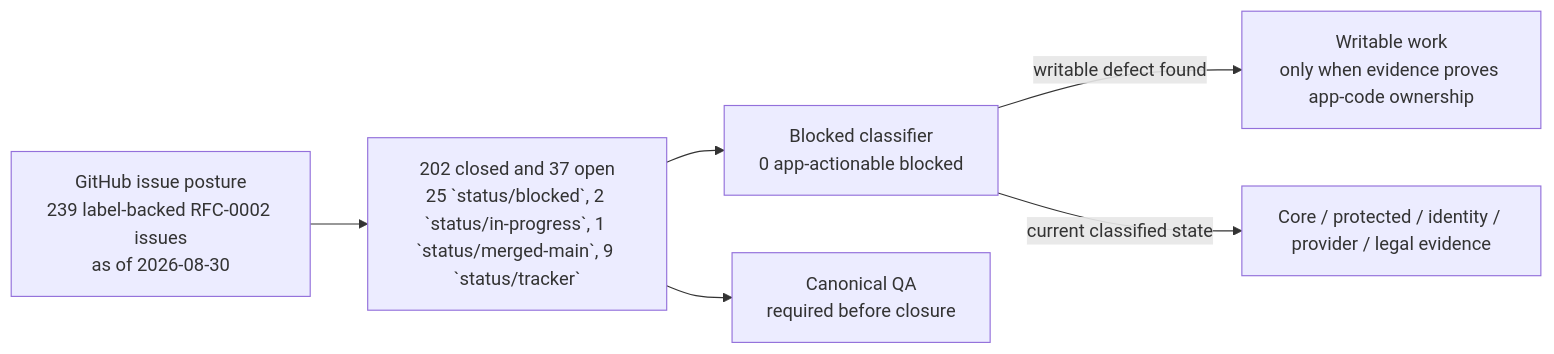
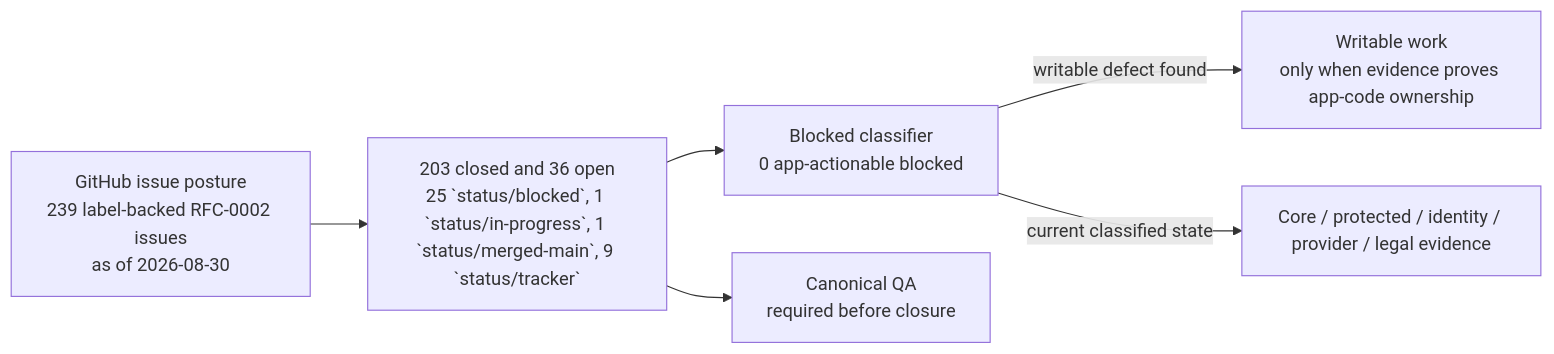
One commit to sgajbi/lotus-idea changed the first of 2 diagrams in wiki/RFC-0002-Execution-Status.md. Above: the diagram before and after it, drawn with Mermaid. The commit also changed other lines of this file and 11 other files, not shown here.

````diff
--- a/wiki/RFC-0002-Execution-Status.md
+++ b/wiki/RFC-0002-Execution-Status.md
@@ -48,15 +48,15 @@
 ```mermaid
 flowchart LR
     Issues["GitHub issue posture<br/>239 label-backed RFC-0002 issues<br/>as of 2026-08-30"]
-    Open["202 closed and 37 open<br/>25 `status/blocked`, 2 `status/in-progress`, 1 `status/merged-main`, 9 `status/tracker`"]
+    Open["203 closed and 36 open<br/>25 `status/blocked`, 1 `status/in-progress`, 1 `status/merged-main`, 9 `status/tracker`"]
     Blocked["Blocked classifier<br/>0 app-actionable blocked"]
     Work["Writable work<br/>only when evidence proves app-code ownership"]
     External["Core / protected / identity / provider / legal evidence"]
     QA["Canonical QA<br/>required before closure"]
 
     Issues --> Open
     Open --> Blocked
     Blocked -->|"writable defect found"| Work
     Blocked -->|"current classified state"| External
     Open --> QA
 ```
````
